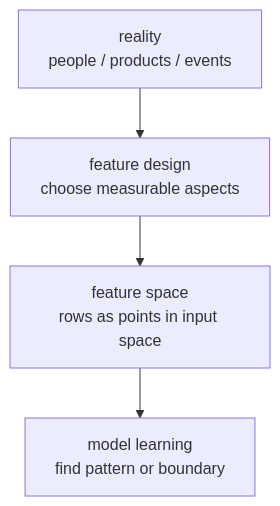
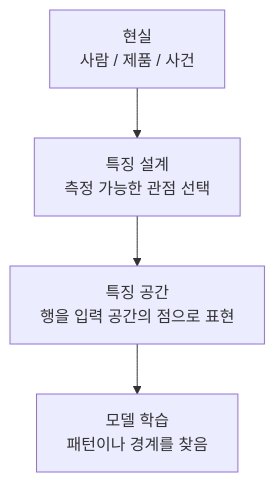
One commit to devchan64/AiBook changed the first of 4 diagrams in docs/parts/part-04/chapter-07/section-01.md. Above: the diagram before and after it, drawn with Mermaid. The commit also changed other lines of this file and 138 other files, not shown here.

````diff
--- a/docs/parts/part-04/chapter-07/section-01.md
+++ b/docs/parts/part-04/chapter-07/section-01.md
@@ -102,11 +102,11 @@
 ```mermaid
 flowchart TB
-  A["reality<br/>people / products / events"]
-  B["feature design<br/>choose measurable aspects"]
-  C["feature space<br/>rows as points in input space"]
-  D["model learning<br/>find pattern or boundary"]
+  A["현실<br/>사람 / 제품 / 사건"]
+  B["특징 설계<br/>측정 가능한 관점 선택"]
+  C["특징 공간<br/>행을 입력 공간의 점으로 표현"]
+  D["모델 학습<br/>패턴이나 경계를 찾음"]
 
   A --> B
   B --> C
   C --> D
 ```
````
